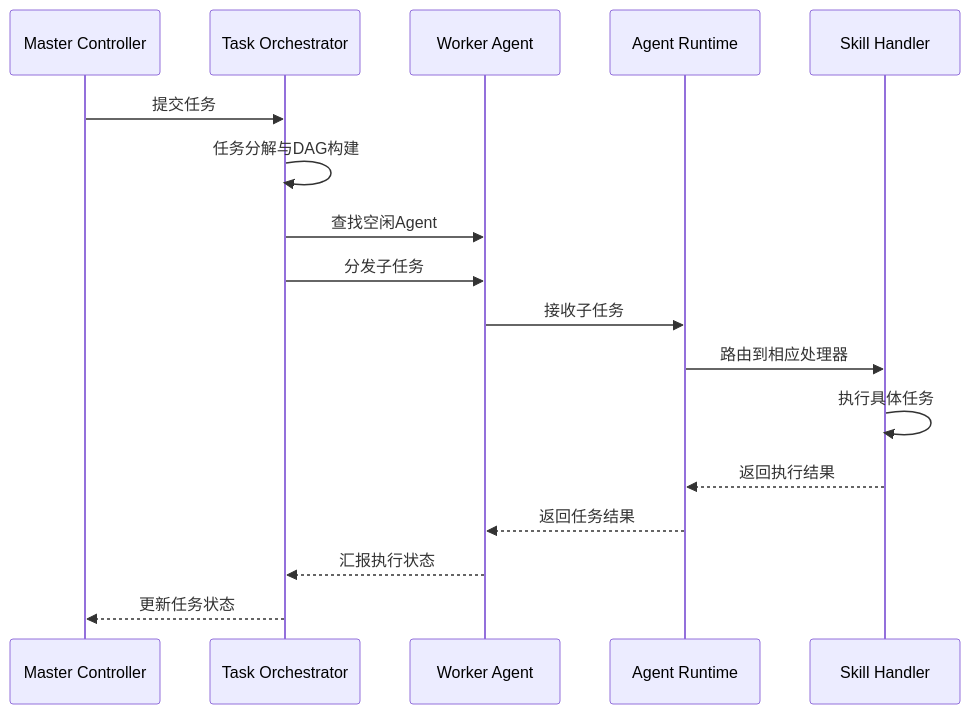
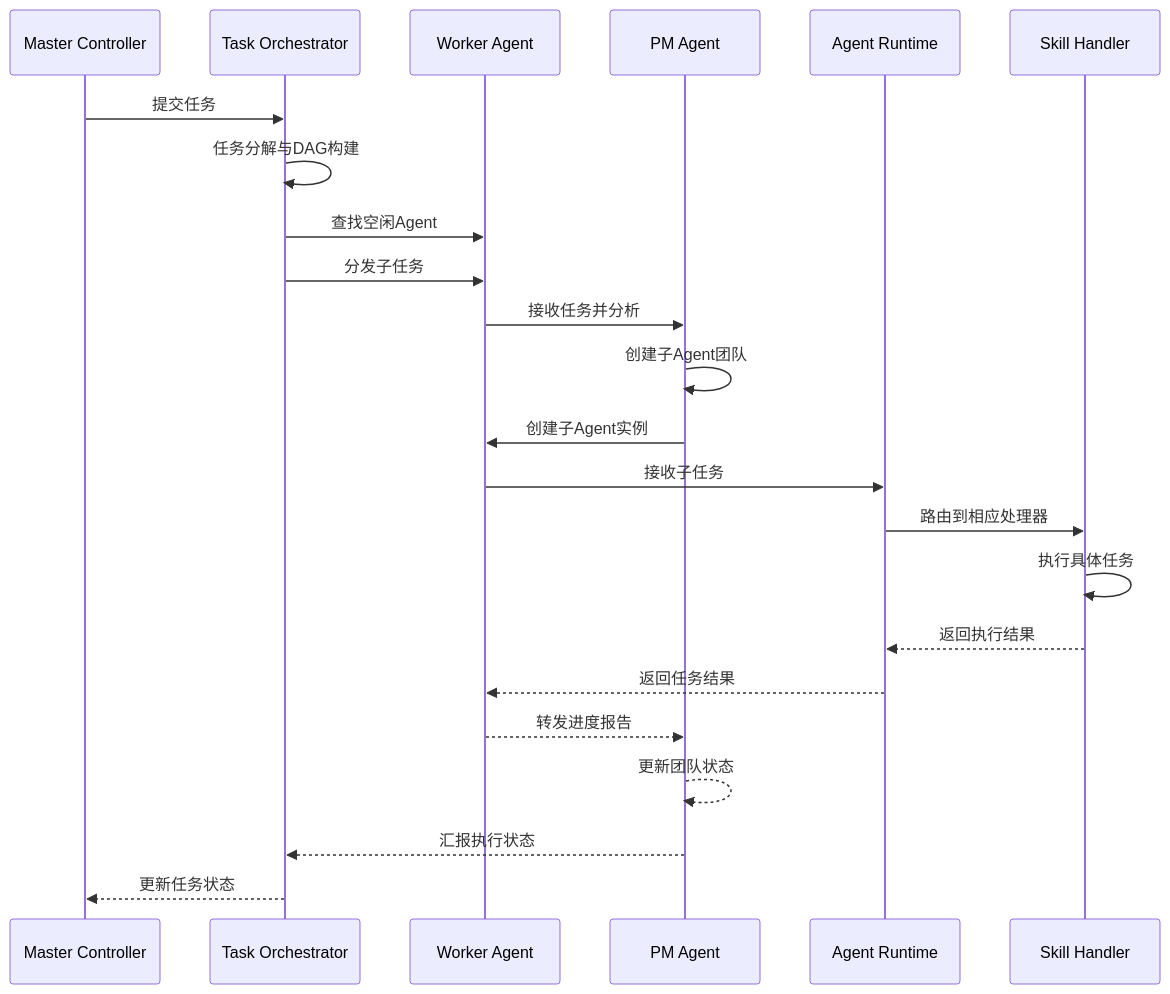
One commit to targalian/Personal-distributed-workstation changed the second of 14 diagrams in .qoder/repowiki/zh/content/架构设计/Worker 代理/Agent 能力声明系统/Agent 运行时管理.md. Above: the diagram before and after it, drawn with Mermaid. The commit also changed other lines of this file and 60 other files, not shown here.

````diff
--- a/.qoder/repowiki/zh/content/架构设计/Worker 代理/Agent 能力声明系统/Agent 运行时管理.md
+++ b/.qoder/repowiki/zh/content/架构设计/Worker 代理/Agent 能力声明系统/Agent 运行时管理.md
@@ -119,19 +144,25 @@
 ```mermaid
 sequenceDiagram
 participant Master as Master Controller
 participant Orchestrator as Task Orchestrator
 participant Worker as Worker Agent
+participant PM as PM Agent
 participant Runtime as Agent Runtime
 participant Handler as Skill Handler
 Master->>Orchestrator : 提交任务
 Orchestrator->>Orchestrator : 任务分解与DAG构建
 Orchestrator->>Worker : 查找空闲Agent
 Orchestrator->>Worker : 分发子任务
+Worker->>PM : 接收任务并分析
+PM->>PM : 创建子Agent团队
+PM->>Worker : 创建子Agent实例
 Worker->>Runtime : 接收子任务
 Runtime->>Handler : 路由到相应处理器
 Handler->>Handler : 执行具体任务
 Handler-->>Runtime : 返回执行结果
 Runtime-->>Worker : 返回任务结果
-Worker-->>Orchestrator : 汇报执行状态
+Worker-->>PM : 转发进度报告
+PM-->>PM : 更新团队状态
+PM-->>Orchestrator : 汇报执行状态
 Orchestrator-->>Master : 更新任务状态
 ```
````
